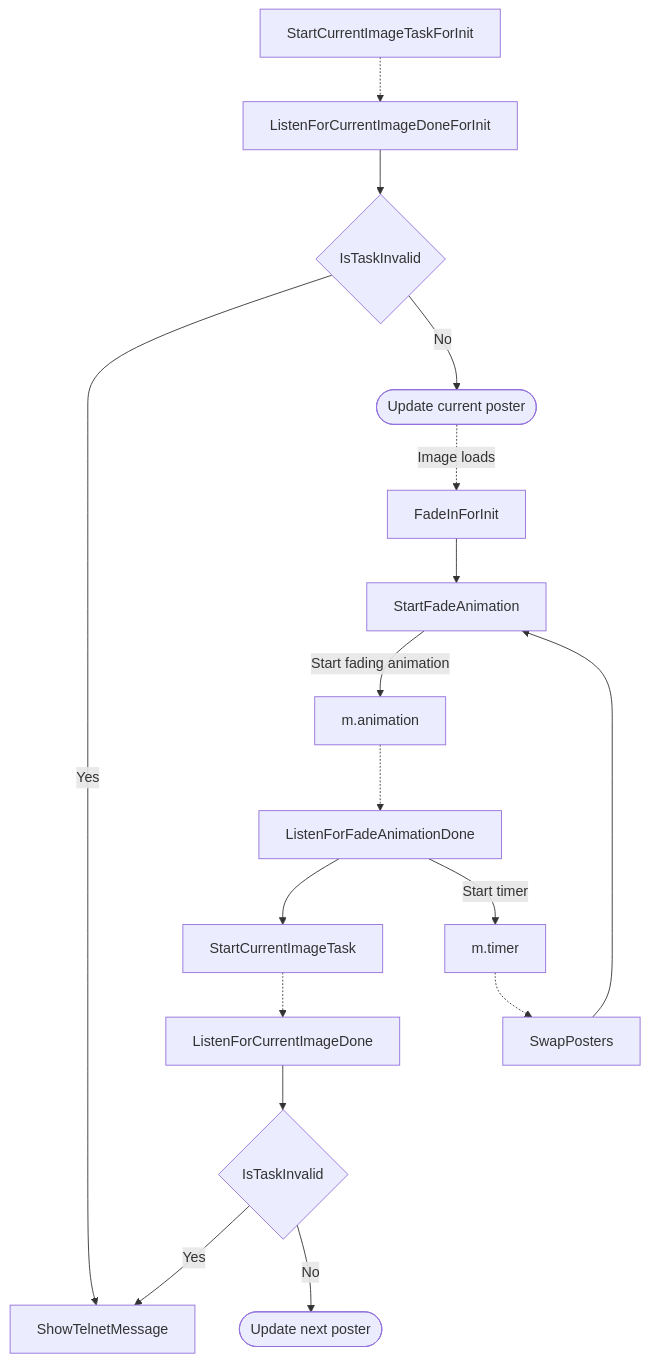
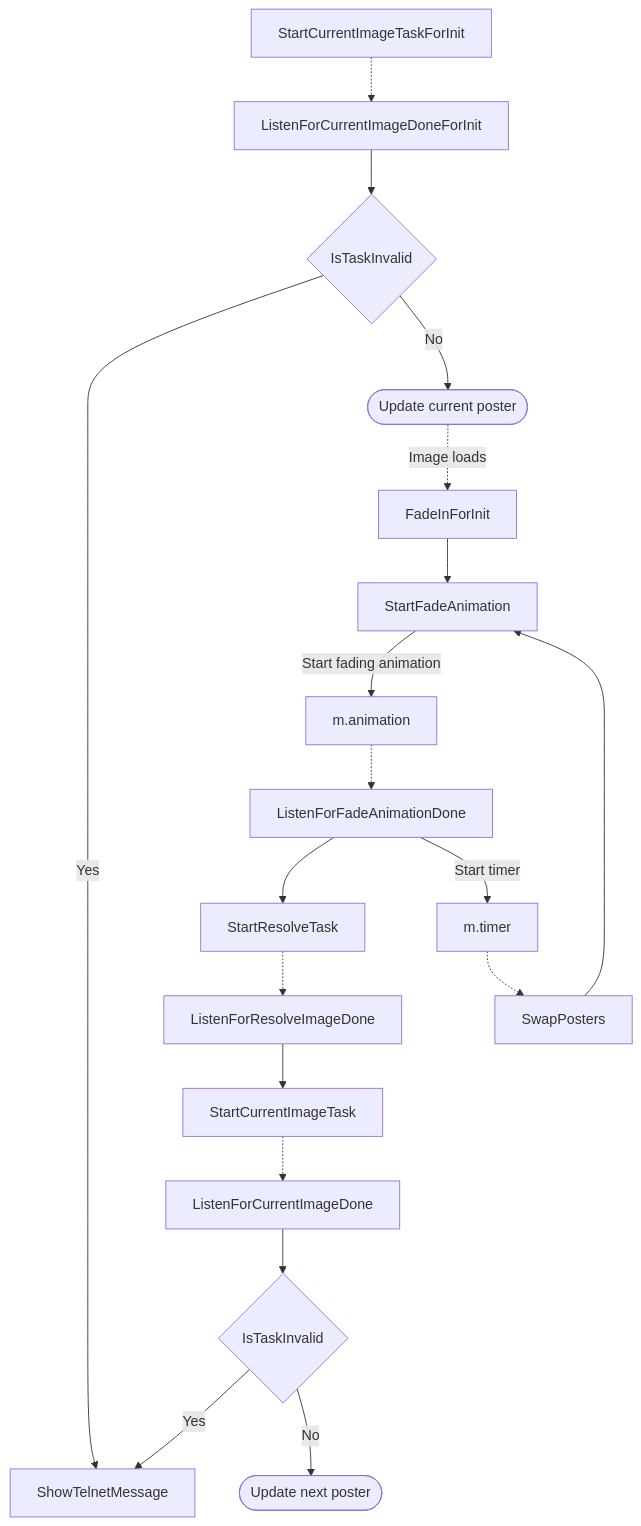
The diagram in components/ScreenSaver.md (mloft74/roku_local_photos), drawn with Mermaid before and after one commit.

Commit message:
Update graph to show where resolve should go

````diff
--- a/components/ScreenSaver.md
+++ b/components/ScreenSaver.md
@@ -1,19 +1,21 @@
 ```mermaid
 flowchart TD
   startCurrTaskInit[StartCurrentImageTaskForInit] -.-> listenStartCurrTaskInit[ListenForCurrentImageDoneForInit]
   listenStartCurrTaskInit --> initCheck{IsTaskInvalid}
   initCheck -->|Yes| showTelnet[ShowTelnetMessage]
   initCheck -->|No| updateCurrPosterInit([Update current poster])
   updateCurrPosterInit -.->|Image loads| fadeInit[FadeInForInit]
   fadeInit --> startFade[StartFadeAnimation]
   startFade -->|Start fading animation| animation[m.animation]
   animation -.-> listenAnimation[ListenForFadeAnimationDone]
-  listenAnimation --> startCurrTask[StartCurrentImageTask]
+  listenAnimation --> resolveTask[StartResolveTask]
   listenAnimation -->|Start timer| timer[m.timer]
   timer -.-> swap[SwapPosters]
   swap --> startFade
+  resolveTask -.-> listenResolveTask[ListenForResolveImageDone]
+  listenResolveTask --> startCurrTask[StartCurrentImageTask]
   startCurrTask -.-> listenStartCurrTask[ListenForCurrentImageDone]
   listenStartCurrTask --> check{IsTaskInvalid}
   check -->|Yes| showTelnet
   check -->|No| updateNextPoster([Update next poster])
 ```
````
